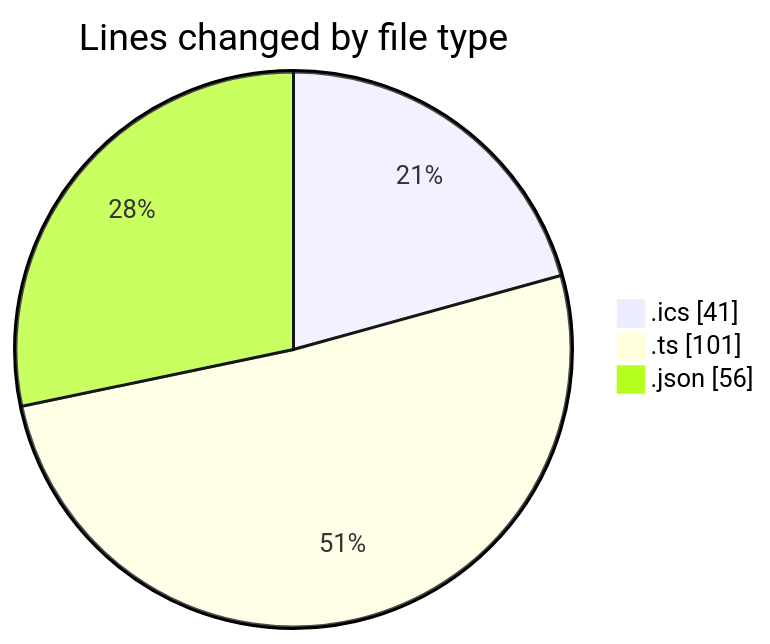
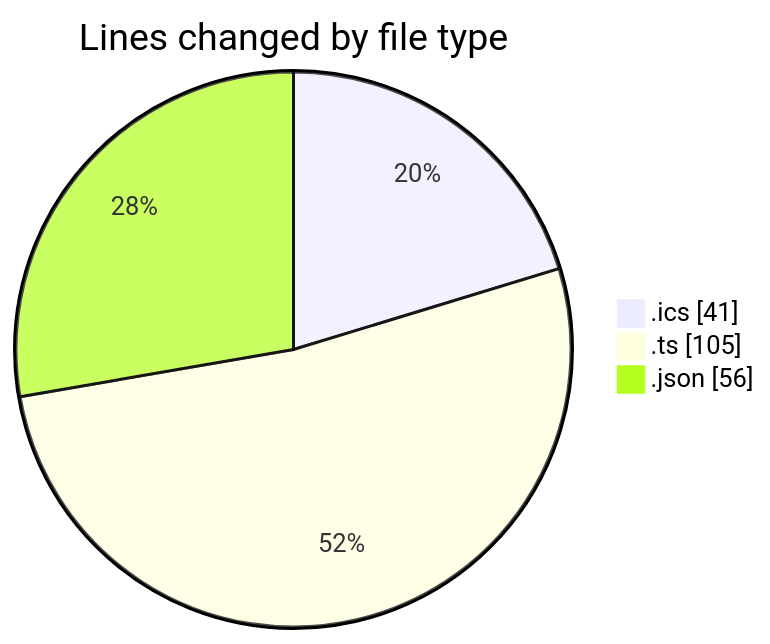
Before and after one commit to momahboobian/code-tracking: the first of 2 diagrams in 2025-10-28/cda/README.md, drawn with Mermaid. The commit also changed other lines of this file and 1 other file, not shown here.

````diff
--- a/2025-10-28/cda/README.md
+++ b/2025-10-28/cda/README.md
@@ -23,7 +23,7 @@
 ```mermaid
 pie showData
 title Lines changed by file type
 ".ics" : 41
-".ts" : 101
+".ts" : 105
 ".json" : 56
 ```
````
